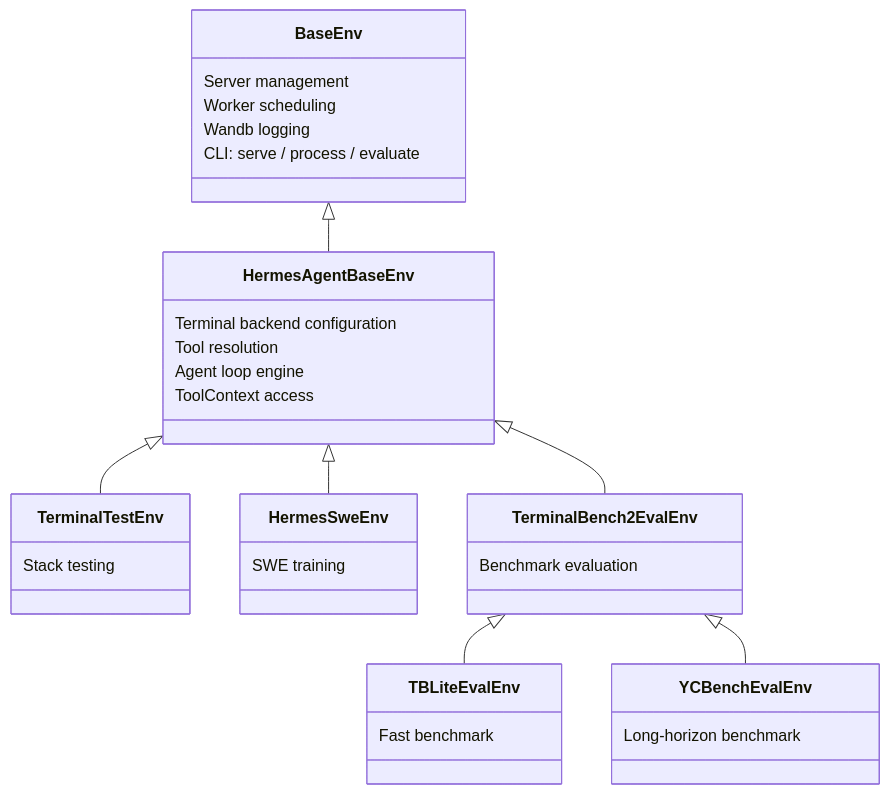
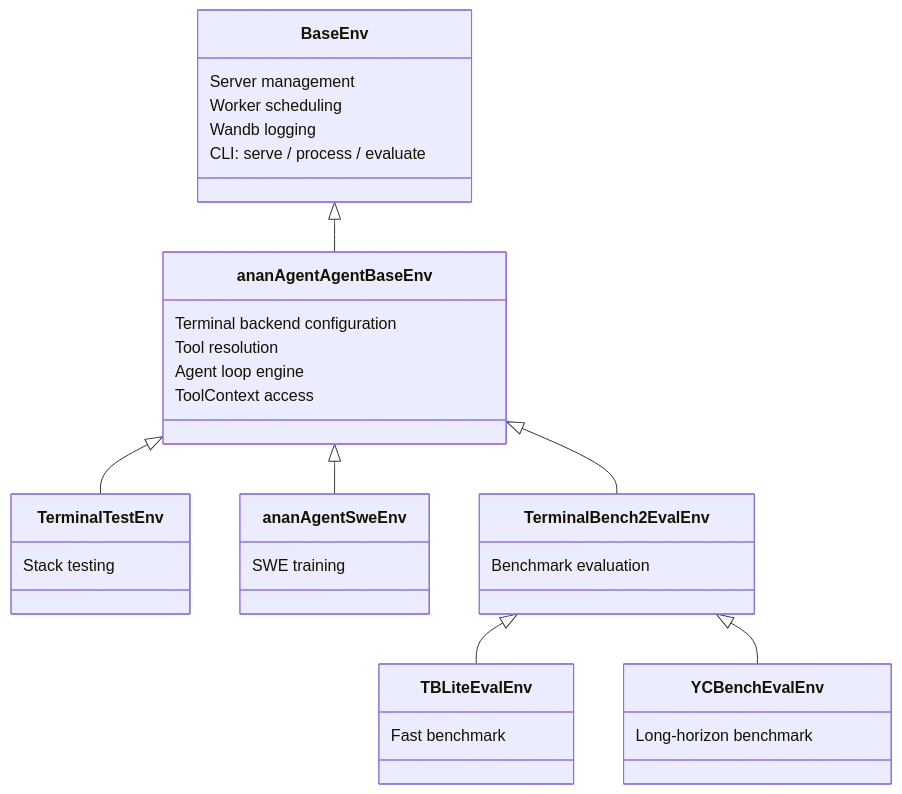
The diagram in website/docs/developer-guide/environments.md (sinoclaw/anan), drawn with Mermaid before and after one commit. The commit also changed other lines of this file and 409 other files, not shown here.

Commit message:
品牌清理：文档/SKILL/locales 全量 hermes→anan（kernel/layers 源码除外）

````diff
--- a/website/docs/developer-guide/environments.md
+++ b/website/docs/developer-guide/environments.md
@@ -31,43 +31,43 @@
 ```mermaid
 classDiagram
     class BaseEnv {
       Server management
       Worker scheduling
       Wandb logging
       CLI: serve / process / evaluate
     }
 
-    class HermesAgentBaseEnv {
+    class anan AgentAgentBaseEnv {
       Terminal backend configuration
       Tool resolution
       Agent loop engine
       ToolContext access
     }
 
     class TerminalTestEnv {
       Stack testing
     }
 
-    class HermesSweEnv {
+    class anan AgentSweEnv {
       SWE training
     }
 
     class TerminalBench2EvalEnv {
       Benchmark evaluation
     }
 
     class TBLiteEvalEnv {
       Fast benchmark
     }
 
     class YCBenchEvalEnv {
       Long-horizon benchmark
     }
 
-    BaseEnv <|-- HermesAgentBaseEnv
-    HermesAgentBaseEnv <|-- TerminalTestEnv
-    HermesAgentBaseEnv <|-- HermesSweEnv
-    HermesAgentBaseEnv <|-- TerminalBench2EvalEnv
+    BaseEnv <|-- anan AgentAgentBaseEnv
+    anan AgentAgentBaseEnv <|-- TerminalTestEnv
+    anan AgentAgentBaseEnv <|-- anan AgentSweEnv
+    anan AgentAgentBaseEnv <|-- TerminalBench2EvalEnv
     TerminalBench2EvalEnv <|-- TBLiteEvalEnv
     TerminalBench2EvalEnv <|-- YCBenchEvalEnv
 ```
````
